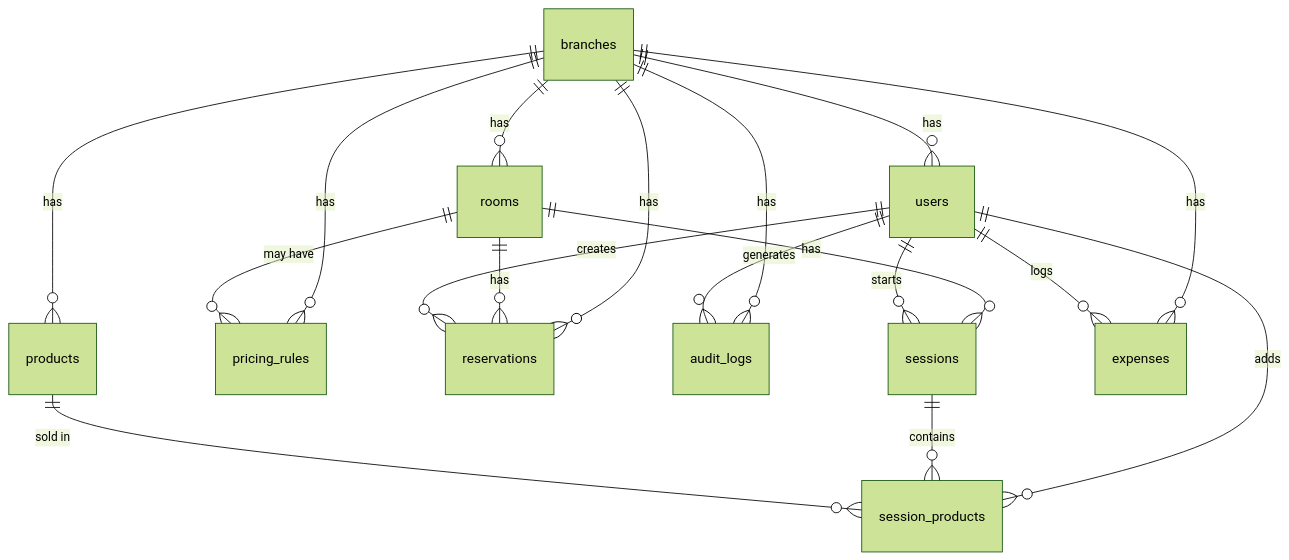
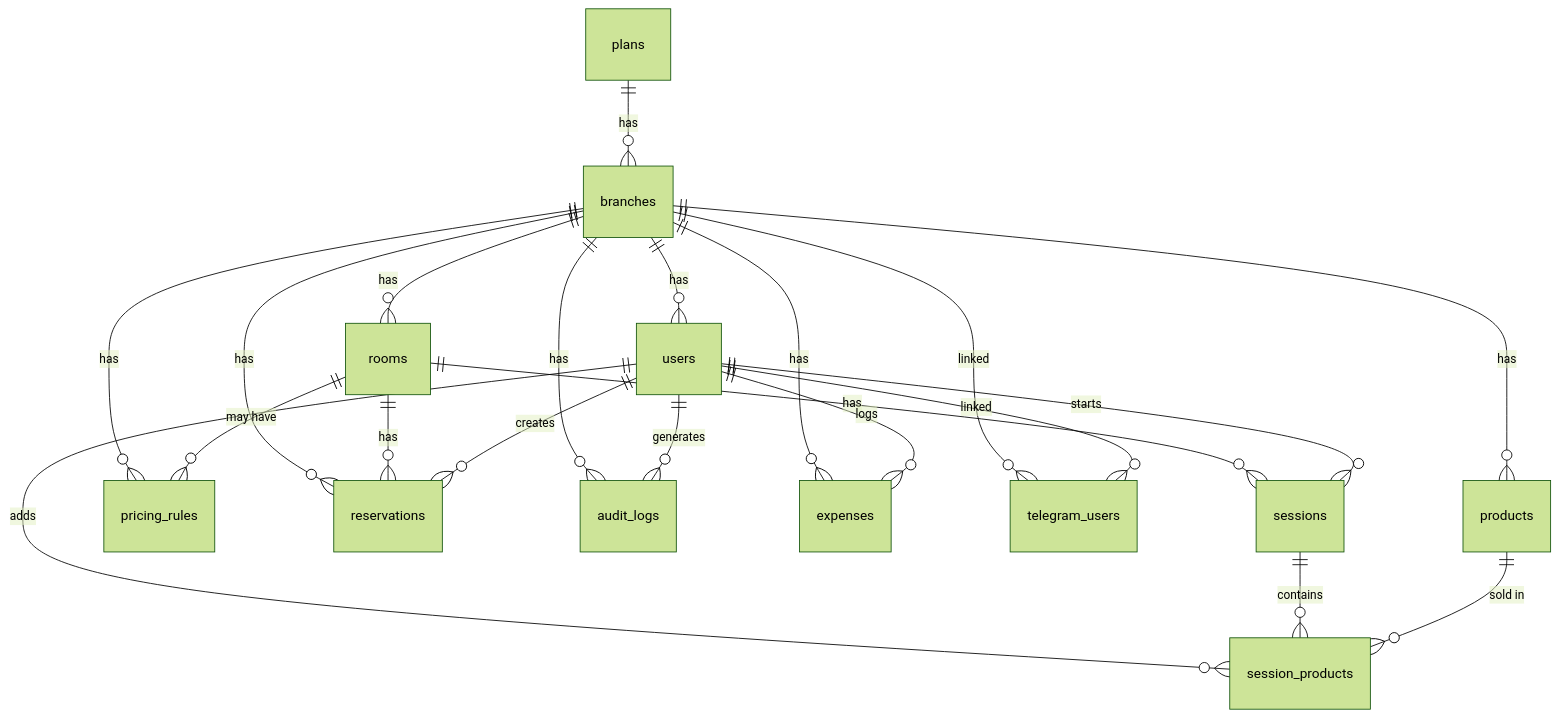
The diagram in database_map.md (N-1408/viplimit), drawn with Mermaid (forest theme) before and after one commit. The commit also changed other lines of this file and 24 other files, not shown here.

````diff
--- a/database_map.md
+++ b/database_map.md
@@ -23,23 +29,26 @@
 ```mermaid
 erDiagram
+    plans ||--o{ branches : "has"
     branches ||--o{ users : "has"
     branches ||--o{ rooms : "has"
     branches ||--o{ products : "has"
     branches ||--o{ pricing_rules : "has"
     branches ||--o{ reservations : "has"
     branches ||--o{ audit_logs : "has"
+    branches ||--o{ expenses : "has"
+    branches ||--o{ telegram_users : "linked"
     
     rooms ||--o{ sessions : "has"
     rooms ||--o{ reservations : "has"
     rooms ||--o{ pricing_rules : "may have"
     
     users ||--o{ sessions : "starts"
     users ||--o{ reservations : "creates"
     users ||--o{ session_products : "adds"
     users ||--o{ audit_logs : "generates"
+    users ||--o{ expenses : "logs"
+    users ||--o{ telegram_users : "linked"
     
     sessions ||--o{ session_products : "contains"
     products ||--o{ session_products : "sold in"
-    branches ||--o{ expenses : "has"
-    users ||--o{ expenses : "logs"
 ```
````
